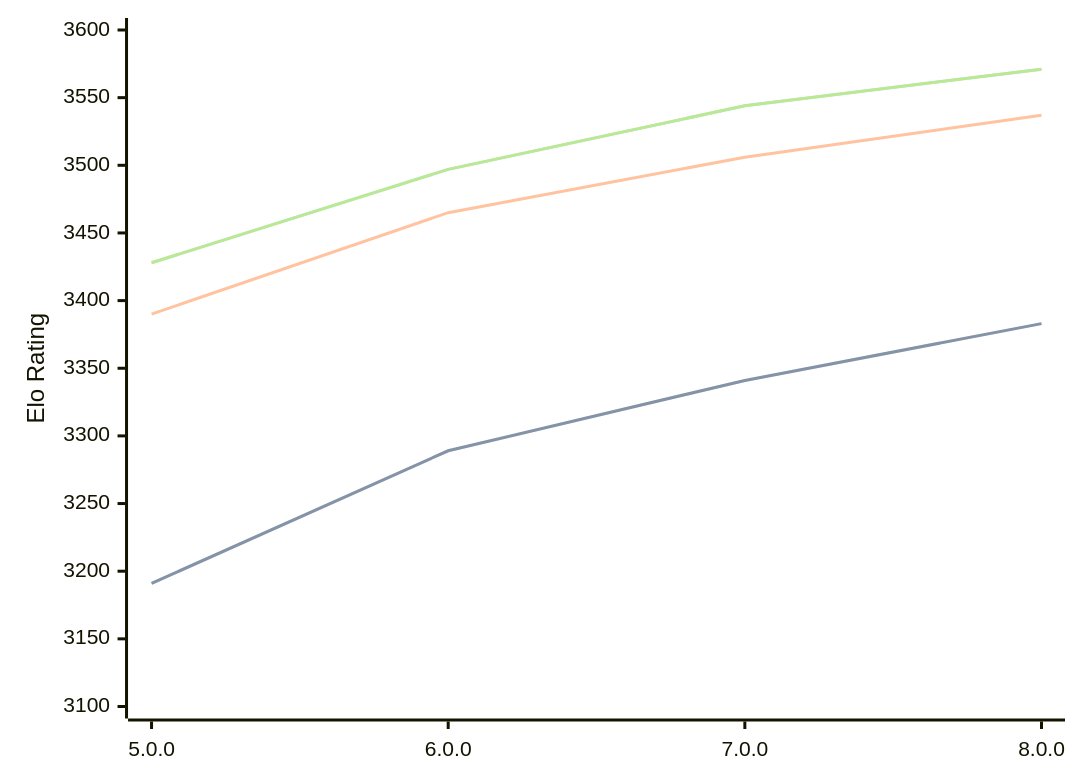
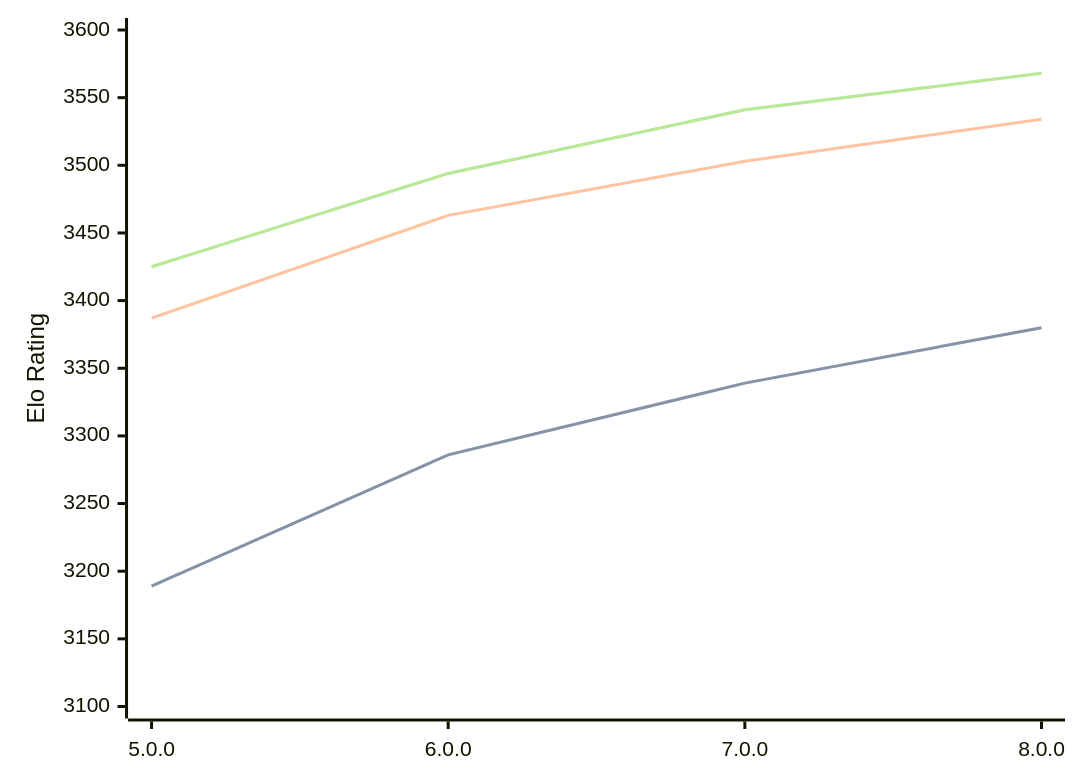
Before and after one commit to computer-chess-index/cci: the diagram in engines/Stormphrax.md, drawn with Mermaid. The commit also changed other lines of this file, not shown here.

Commit message:
Update CCI Ratings (ELO VLTC) - 2026-08-12

````diff
--- a/engines/Stormphrax.md
+++ b/engines/Stormphrax.md
@@ -34,11 +34,11 @@
 ```mermaid
 %%{init: {"theme":"base","themeVariables":{"seriesColors:['#a3a3a3','#222221','#faa371']}}}%%
 xychart-beta
   x-axis ["5.0.0", "6.0.0", "7.0.0", "8.0.0"]
   y-axis "Elo Rating" 3100 --> 3600
-  line "STC (8.0+0.08s)" [3191, 3289, 3341, 3383]
-  line "STC (8.0+0.08s)" [3191, 3289, 3341, 3383]
-  line "LTC (60.0+0.60s)" [3390, 3465, 3506, 3537]
-  line "VLTC (2m24s+1.12s)" [3428, 3497, 3544, 3571]
-  line "VLTC (2m24s+1.12s)" [3428, 3497, 3544, 3571]
+  line "STC (8.0+0.08s)" [3189, 3286, 3339, 3380]
+  line "STC (8.0+0.08s)" [3189, 3286, 3339, 3380]
+  line "LTC (60.0+0.60s)" [3387, 3463, 3503, 3534]
+  line "VLTC (2m24s+1.12s)" [3425, 3494, 3541, 3568]
+  line "VLTC (2m24s+1.12s)" [3425, 3494, 3541, 3568]
 ```
````
